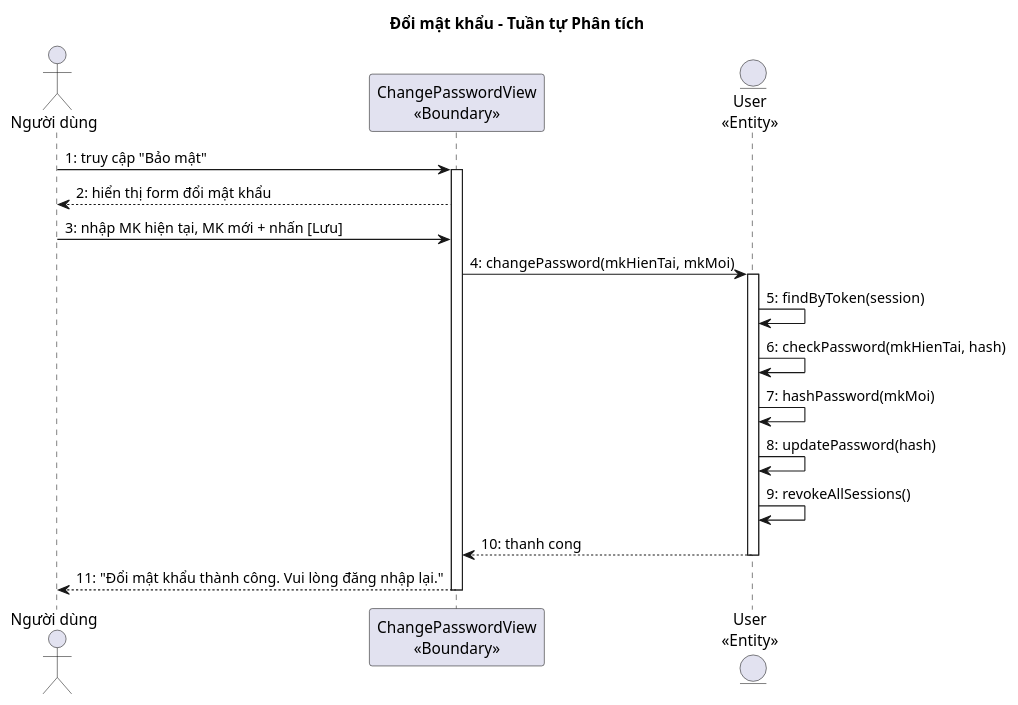
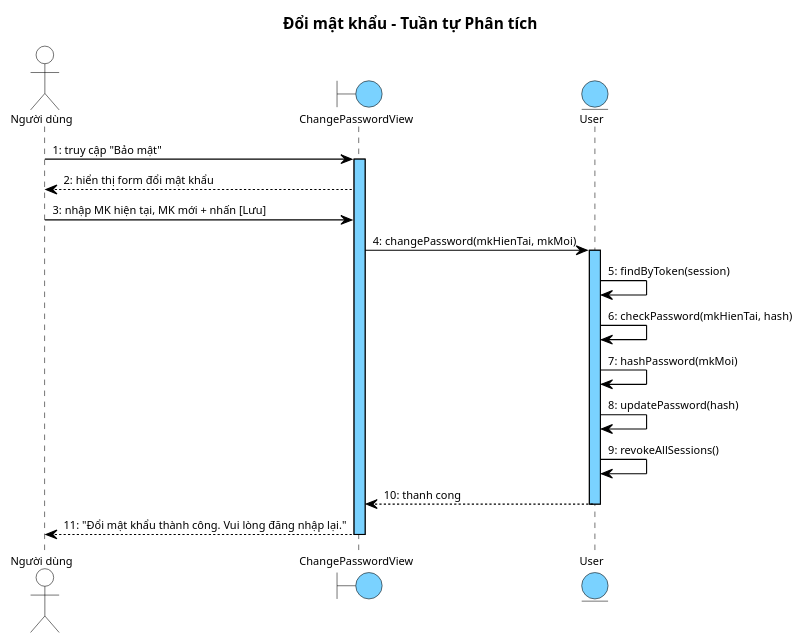
The third of 5 diagrams in docs/tabs/section-account-ii.md (thanhtrnnn/cnpm), drawn with PlantUML before and after one commit. The commit also changed other lines of this file and 14 other files, not shown here.

First line of the commit message:
feat: UC detail diagrams + new sequence diagram style (blue lifelines)

````diff
--- a/docs/tabs/section-account-ii.md
+++ b/docs/tabs/section-account-ii.md
@@ -306,25 +404,74 @@
 ```plantuml
 @startuml
+skinparam shadowing false
+skinparam SequenceMessageAlign left
+
+skinparam SequenceLifeLineBackgroundColor #7AD2FF
+skinparam SequenceLifeLineBorderColor #000000
+
+<style>
+sequenceDiagram {
+  Shadowing 0
+  RoundCorner 0
+  FontName "Arial"
+  FontSize 10
+  FontColor #000000
+
+  participant {
+    BackgroundColor #7AD2FF
+    LineColor #000000
+    LineThickness 1
+  }
+
+  actor {
+    BackgroundColor transparent
+    LineColor #000000
+  }
+  boundary {
+    BackgroundColor #7AD2FF
+    LineColor #000000
+  }
+  control {
+    BackgroundColor #7AD2FF
+    LineColor #000000
+  }
+  entity {
+    BackgroundColor #7AD2FF
+    LineColor #000000
+  }
+
+  lifeline {
+    LineColor #000000
+    LineStyle 5-5
+  }
+
+  arrow {
+    LineColor #000000
+    LineThickness 1
+    FontSize 10
+  }
+}
+</style>
 title Đổi mật khẩu – Tuần tự Phân tích
 
 actor "Người dùng" as ND
-participant "ChangePasswordView\n<<Boundary>>" as B1
-entity "User\n<<Entity>>" as E1
+boundary ChangePasswordView as B1
+entity User as E1
 
 ND -> B1 : 1: truy cập "Bảo mật"
 activate B1
 B1 --> ND : 2: hiển thị form đổi mật khẩu
 ND -> B1 : 3: nhập MK hiện tại, MK mới + nhấn [Lưu]
 B1 -> E1 : 4: changePassword(mkHienTai, mkMoi)
 activate E1
 E1 -> E1 : 5: findByToken(session)
 E1 -> E1 : 6: checkPassword(mkHienTai, hash)
 E1 -> E1 : 7: hashPassword(mkMoi)
 E1 -> E1 : 8: updatePassword(hash)
 E1 -> E1 : 9: revokeAllSessions()
 E1 --> B1 : 10: thanh cong
 deactivate E1
 B1 --> ND : 11: "Đổi mật khẩu thành công. Vui lòng đăng nhập lại."
 deactivate B1
 @enduml
 ```
````
